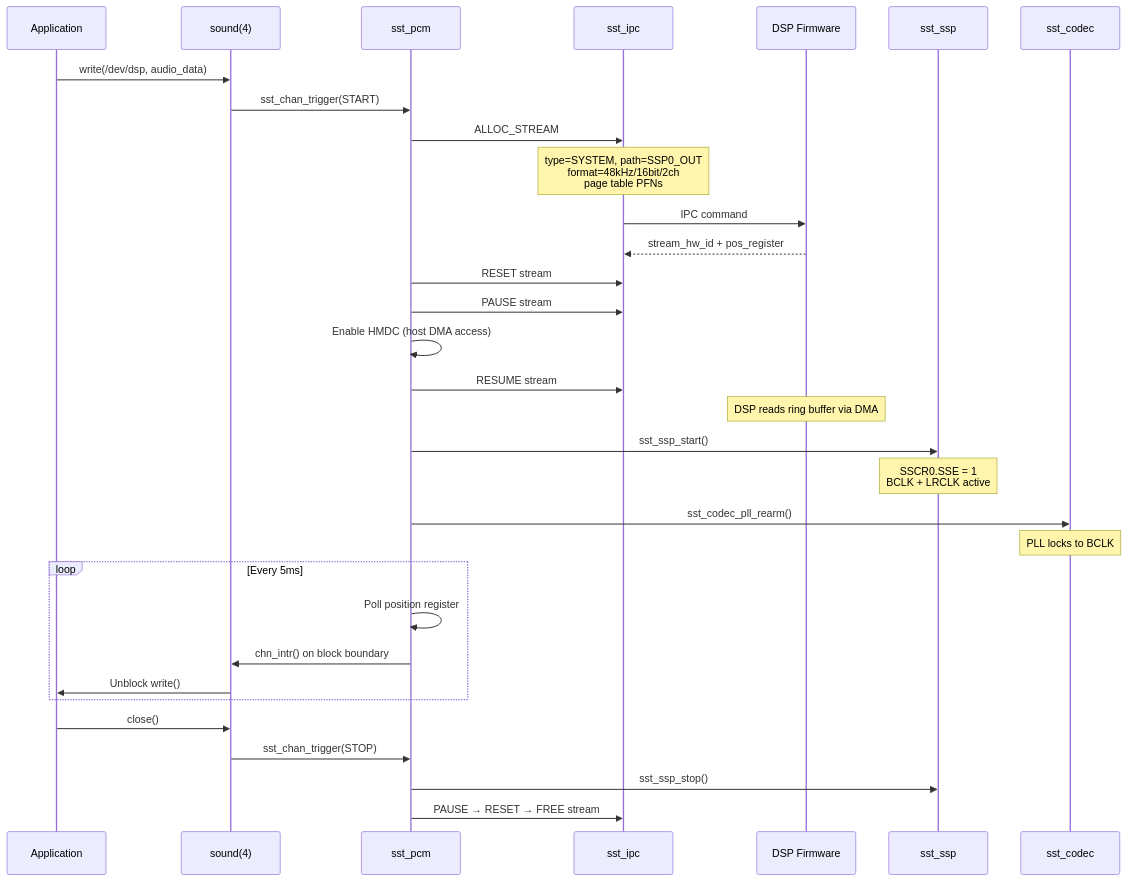
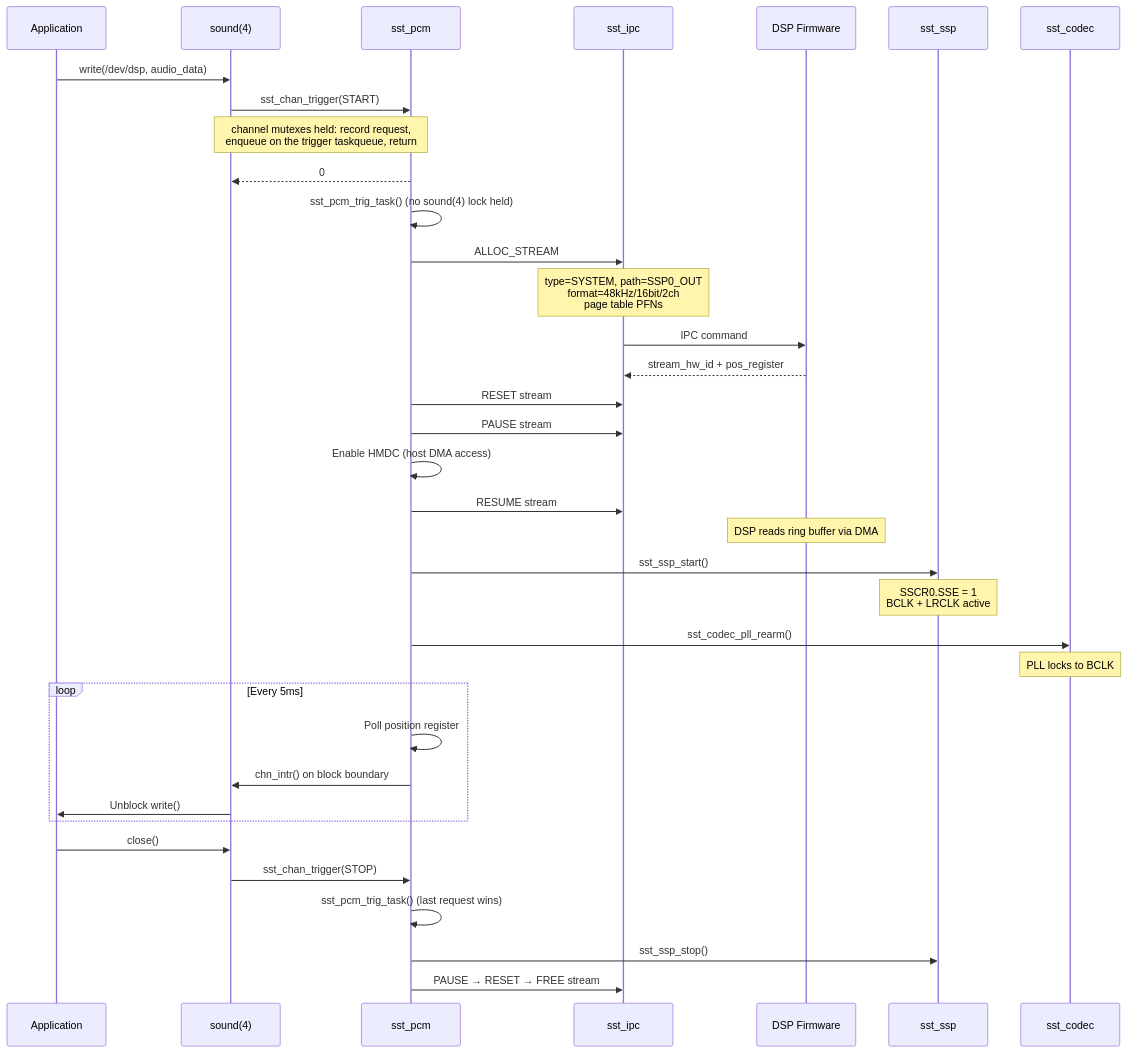
One commit to spagu/acpi_intel_sst changed the sixth of 12 diagrams in docs/DIAGRAMS.md. Above: the diagram before and after it, drawn with Mermaid. The commit also changed 19 other files, not shown here.

First line of the commit message:
pcm: defer the trigger body to a taskqueue; quiet the codec I2C paths

````diff
--- a/docs/DIAGRAMS.md
+++ b/docs/DIAGRAMS.md
@@ -154,42 +154,46 @@
 ```mermaid
 sequenceDiagram
     participant App as Application
     participant SND as sound(4)
     participant PCM as sst_pcm
     participant IPC as sst_ipc
     participant DSP as DSP Firmware
     participant SSP as sst_ssp
     participant COD as sst_codec
 
     App->>SND: write(/dev/dsp, audio_data)
     SND->>PCM: sst_chan_trigger(START)
+    Note over SND,PCM: channel mutexes held: record request,<br/>enqueue on the trigger taskqueue, return
+    PCM-->>SND: 0
+    PCM->>PCM: sst_pcm_trig_task() (no sound(4) lock held)
 
     PCM->>IPC: ALLOC_STREAM
     Note over IPC: type=SYSTEM, path=SSP0_OUT<br/>format=48kHz/16bit/2ch<br/>page table PFNs
     IPC->>DSP: IPC command
     DSP-->>IPC: stream_hw_id + pos_register
 
     PCM->>IPC: RESET stream
     PCM->>IPC: PAUSE stream
 
     PCM->>PCM: Enable HMDC (host DMA access)
     PCM->>IPC: RESUME stream
     Note over DSP: DSP reads ring buffer via DMA
 
     PCM->>SSP: sst_ssp_start()
     Note over SSP: SSCR0.SSE = 1<br/>BCLK + LRCLK active
 
     PCM->>COD: sst_codec_pll_rearm()
     Note over COD: PLL locks to BCLK
 
     loop Every 5ms
         PCM->>PCM: Poll position register
         PCM->>SND: chn_intr() on block boundary
         SND->>App: Unblock write()
     end
 
     App->>SND: close()
     SND->>PCM: sst_chan_trigger(STOP)
+    PCM->>PCM: sst_pcm_trig_task() (last request wins)
     PCM->>SSP: sst_ssp_stop()
     PCM->>IPC: PAUSE → RESET → FREE stream
 ```
````
